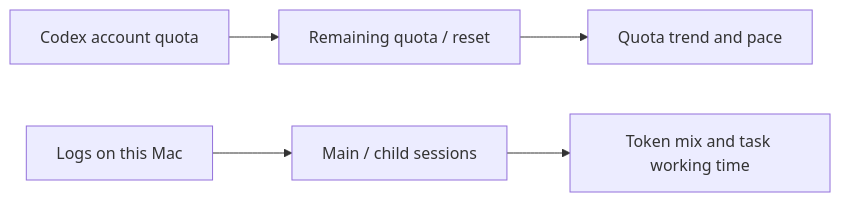
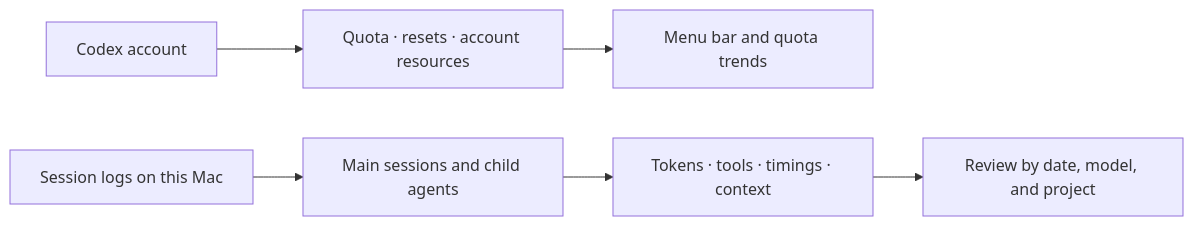
One commit to sherlockmen/Donvis changed the diagram in README.en.md. Above: the diagram before and after it, drawn with Mermaid. The commit also changed other lines of this file and 5 other files, not shown here.

````diff
--- a/README.en.md
+++ b/README.en.md
@@ -97,5 +157,8 @@
 ```mermaid
 flowchart LR
-  Q["Codex account quota"] --> R["Remaining quota / reset"] --> P["Quota trend and pace"]
-  L["Logs on this Mac"] --> S["Main / child sessions"] --> T["Token mix and task working time"]
+    A[Codex account] --> B[Quota · resets · account resources]
+    B --> C[Menu bar and quota trends]
+    D[Session logs on this Mac] --> E[Main sessions and child agents]
+    E --> F[Tokens · tools · timings · context]
+    F --> G[Review by date, model, and project]
 ```
````
